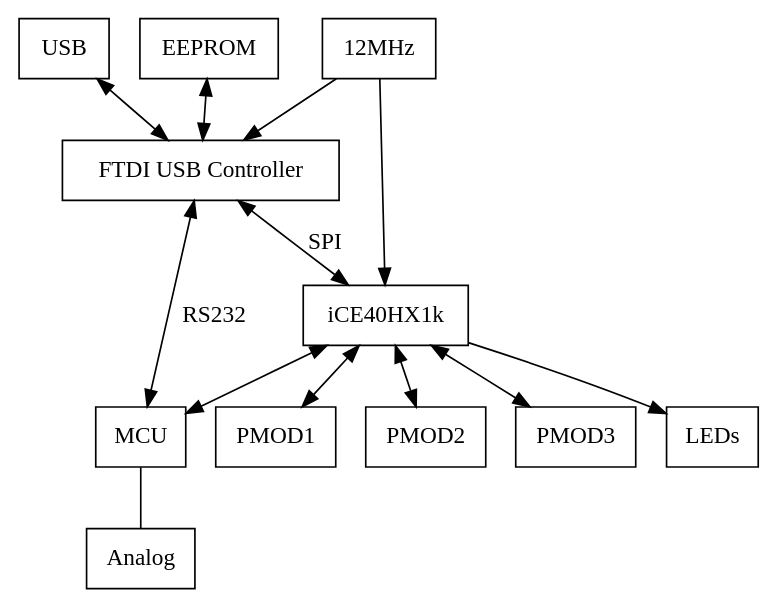
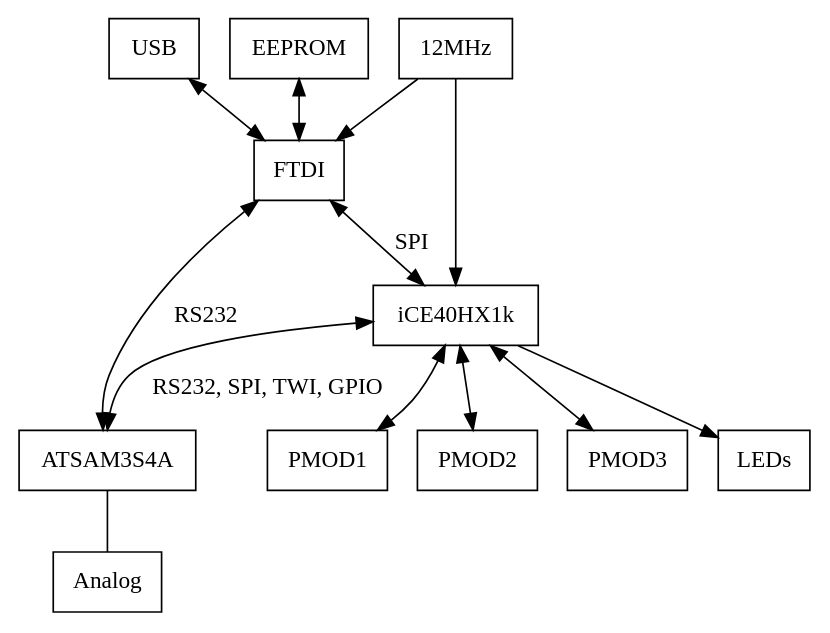
The diagram in block/tinz-block-design.dot (boxyoman/tinz), drawn with Graphviz before and after one commit. The commit also changed 2 other files, not shown here.

```diff
--- a/block/tinz-block-design.dot
+++ b/block/tinz-block-design.dot
@@ -1,37 +1,37 @@
 /* Block design of the TINZ Eval Board. */
 /* To view it, install Graphviz and run the command:
    dot -T png -O tinz-block-design.dot */
 
 strict digraph G {
 	USB [shape=box]
 	// Regulator [shape=box,label="Voltage Regulator"]
-	USB_Controller [shape=box,label="FTDI USB Controller"]
+	USB_Controller [shape=box,label="FTDI"]
 	EEPROM [shape=box]
 	Oscillator [shape=box, label="12MHz"]
 	iCE  [shape=box, size="5,6",label="iCE40HX1k"]
-	MCU [shape=box]
+	MCU [shape=box,label="ATSAM3S4A"]
 	PMOD1 [shape=box]
 	PMOD2 [shape=box]
 	PMOD3 [shape=box]
 	LEDs [shape=box]
 	Analog [shape=box]
 	// USB -> Regulator [label="5V", arrowhead=none]
 	USB -> USB_Controller [dir=both]
 	// Regulator -> EEPROM [label="3.3V", arrowhead=none]
 	// Regulator -> USB_Controller [label="3.3V", arrowhead=none]
 	// Regulator -> Oscillator [label="3.3V", arrowhead=none]
 	// Regulator -> iCE [label="3.3V", arrowhead=none]
 	// Regulator -> iCE [label="1.2V", arrowhead=none]
 	// Regulator -> MCU [label="3.3V", arrowhead=none]
 	EEPROM -> USB_Controller [dir=both]
 	Oscillator -> USB_Controller
 	Oscillator -> iCE
 	USB_Controller -> iCE [label="SPI",dir=both]
 	USB_Controller -> MCU [label="RS232",dir=both]
-	iCE -> MCU [dir=both]
+  iCE -> MCU [dir=both, label="RS232, SPI, TWI, GPIO"]
 	iCE -> PMOD1 [dir=both]
 	iCE -> PMOD2 [dir=both]
 	iCE -> PMOD3 [dir=both]
 	iCE -> LEDs
 	MCU -> Analog [arrowhead=none]
 }
```
